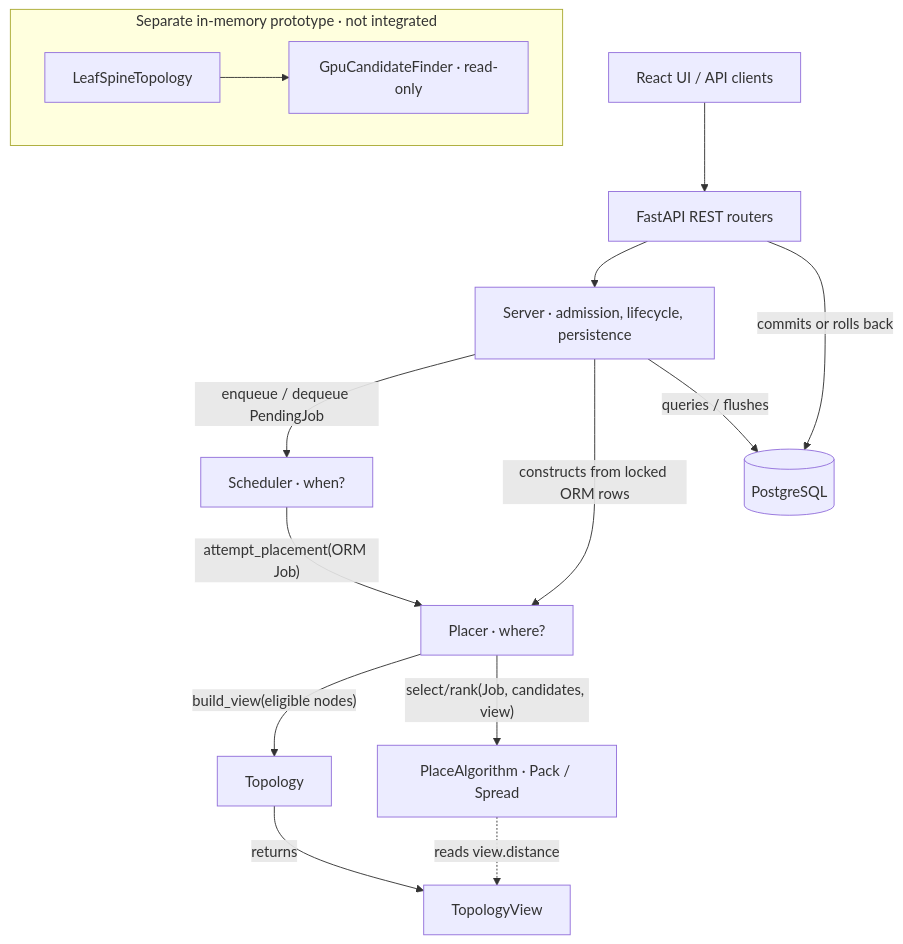
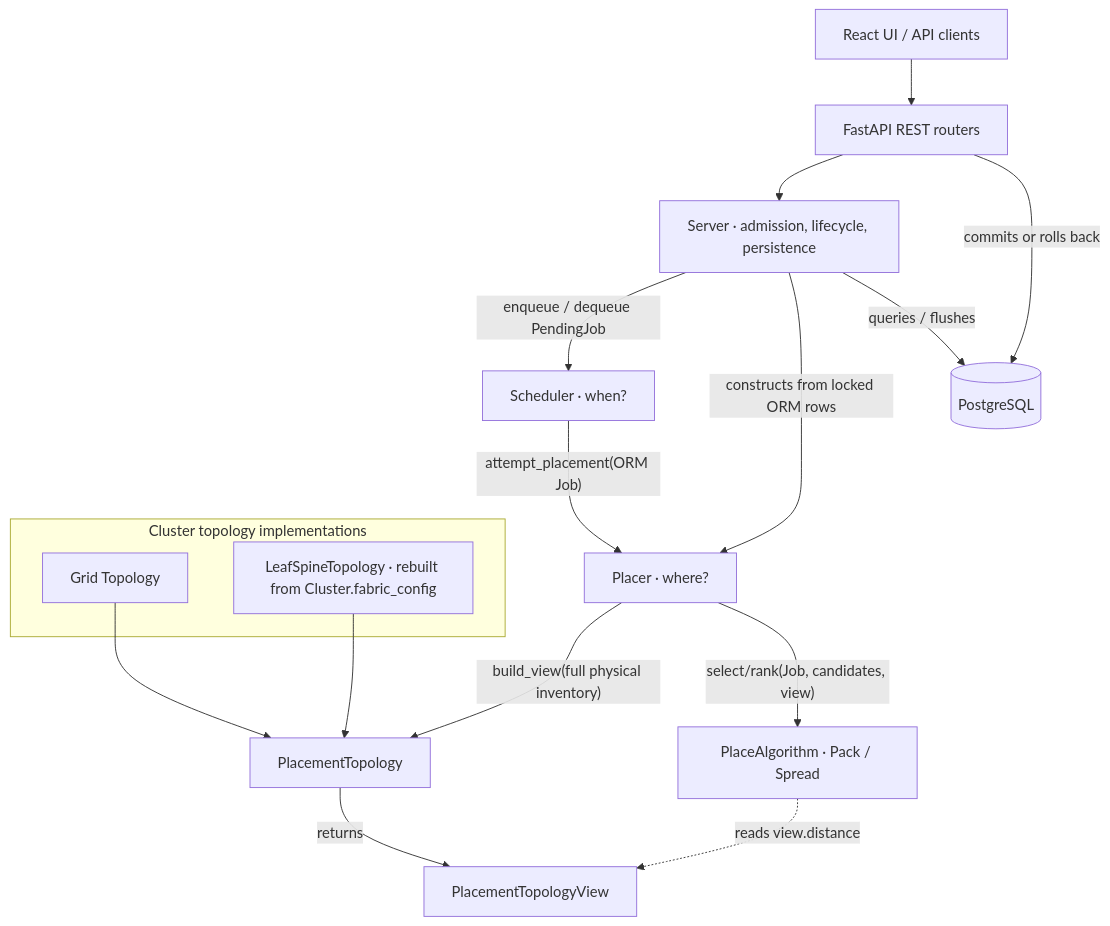
The first of 4 diagrams in docs/architecture.md (labo-man002/job-scheduler), drawn with Mermaid before and after one commit. The commit also changed other lines of this file, not shown here.

Commit message:
docs(architecture): describe unified topology-aware placement

````diff
--- a/docs/architecture.md
+++ b/docs/architecture.md
@@ -13,18 +14,21 @@
 ```mermaid
 flowchart TD
     UI["React UI / API clients"] --> API["FastAPI REST routers"]
     API --> S["Server · admission, lifecycle, persistence"]
     S -- "enqueue / dequeue PendingJob" --> Q["Scheduler · when?"]
     S -- "constructs from locked ORM rows" --> P["Placer · where?"]
     Q -- "attempt_placement(ORM Job)" --> P
-    P -- "build_view(eligible nodes)" --> T["Topology"]
-    T -- "returns" --> V["TopologyView"]
+    P -- "build_view(full physical inventory)" --> T["PlacementTopology"]
+    T -- "returns" --> V["PlacementTopologyView"]
     P -- "select/rank(Job, candidates, view)" --> ALG["PlaceAlgorithm · Pack / Spread"]
     ALG -. "reads view.distance" .-> V
     S -- "queries / flushes" --> DB[("PostgreSQL")]
     API -- "commits or rolls back" --> DB
 
-    subgraph FABRIC["Separate in-memory prototype · not integrated"]
-        L["LeafSpineTopology"] --> F["GpuCandidateFinder · read-only"]
+    subgraph FABRIC["Cluster topology implementations"]
+        G["Grid Topology"]
+        L["LeafSpineTopology · rebuilt from Cluster.fabric_config"]
     end
+    G --> T
+    L --> T
 ```
````
